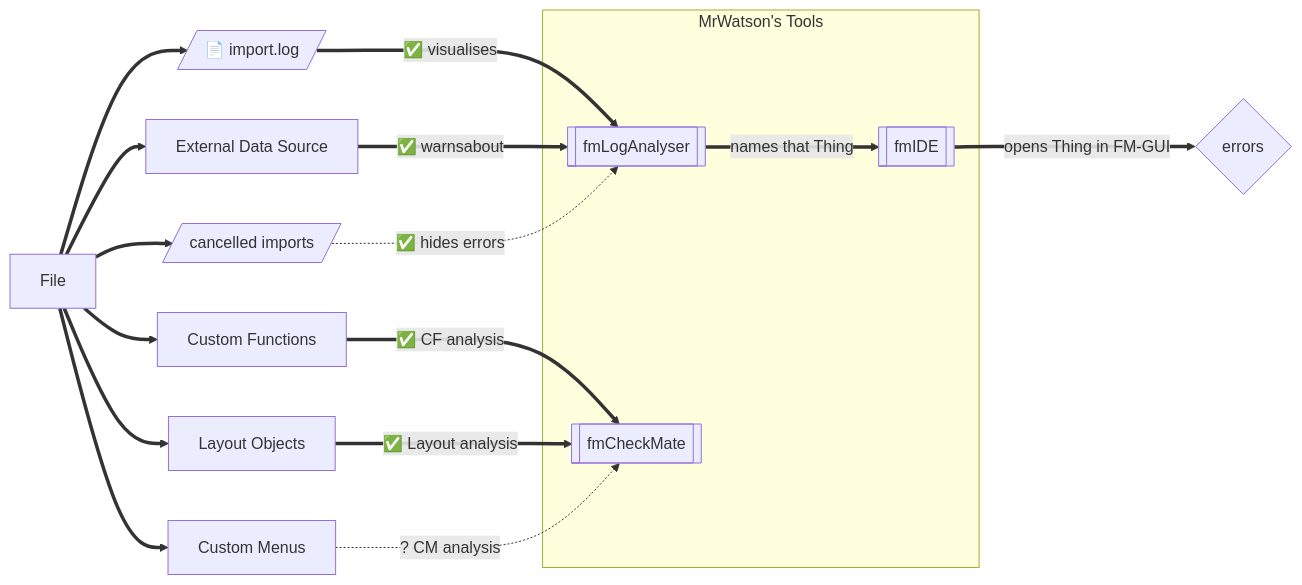
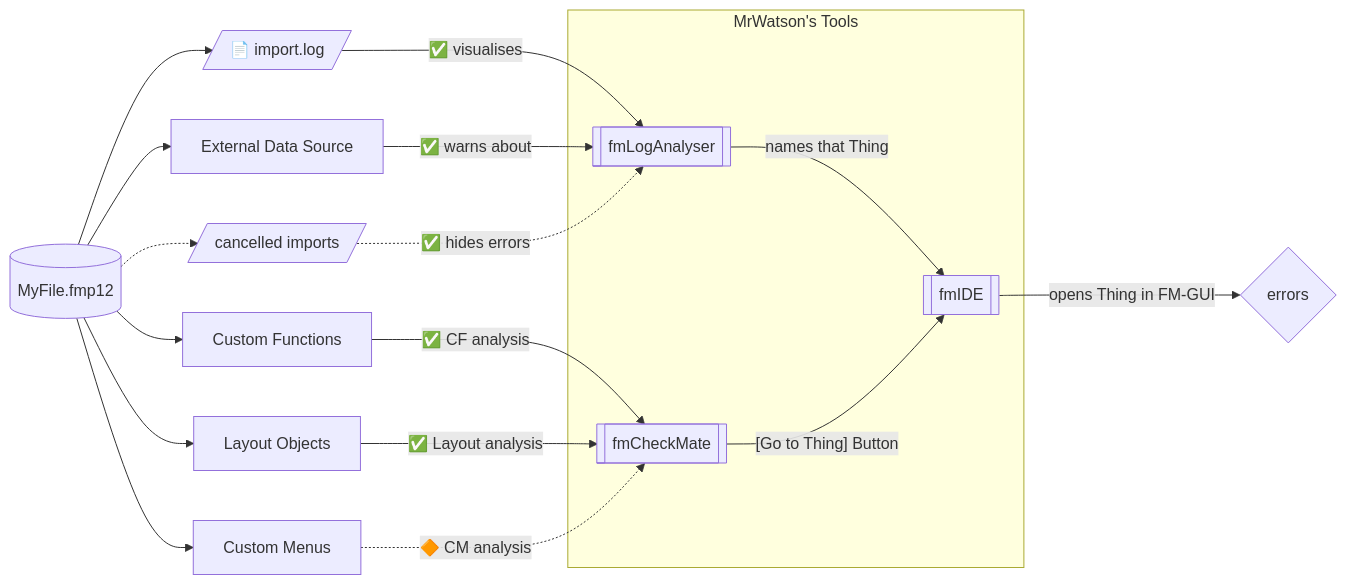
Before and after one commit to mrwatson-de/fmworkmate.github.io: the third of 5 diagrams in did-that-just-break.md, drawn with Mermaid. The commit also changed other lines of this file, not shown here.

Commit message:
Text and diagrammes tweaked

````diff
--- a/did-that-just-break.md
+++ b/did-that-just-break.md
@@ -123,32 +126,34 @@
 ```mermaid
 ---
 config:
   layout: dagre
 ---
 flowchart LR
     subgraph mrwatsons-tools[MrWatson's Tools]
         fmLA[["fmLogAnalyser"]]
         fmCM[["fmCheckMate"]]
         fmIDE[["fmIDE"]]
     end
+    File[("MyFile.fmp12")]
     log[/"📄 import.log"/]
     ESC[/"cancelled imports"/]
     errors{"errors"}
 
-    File ==> log
-    File ==> ESC
-    File ==> EDS["External Data Source"]
-    File ==> CF["Custom Functions"]
-    File ==> LAY["Layout Objects"]
-    File ==> CM["Custom Menus"]
+    File -->  log
+    File -.-> ESC
+    File -->  EDS["External Data Source"]
+    File -->  CF["Custom Functions"]
+    File -->  LAY["Layout Objects"]
+    File -->  CM["Custom Menus"]
 
-    log == ✅ visualises           ==> fmLA
-    EDS == ✅ warnsabout           ==> fmLA
-    ESC -. ✅ hides errors         .-> fmLA
-    CF  == ✅ CF analysis          ==> fmCM
-    LAY == ✅ Layout analysis      ==> fmCM
-    CM  -. ? CM analysis           .-> fmCM
+    log   -- ✅ visualises         --> fmLA
+    EDS   -- ✅ warns about        --> fmLA
+    ESC   -. ✅ hides errors       .-> fmLA
+    CF    -- ✅ CF analysis        --> fmCM
+    LAY   -- ✅ Layout analysis    --> fmCM
+    CM    -. 🔶 CM analysis        .-> fmCM
 
-    fmLA == names that Thing       ==> fmIDE
-    fmIDE == opens Thing in FM-GUI ==> errors
+    fmLA  -- "names that Thing"      --> fmIDE
+    fmCM  -- "[Go to Thing] Button"    --> fmIDE
+    fmIDE -- "opens Thing in FM-GUI" --> errors
 ```
````
